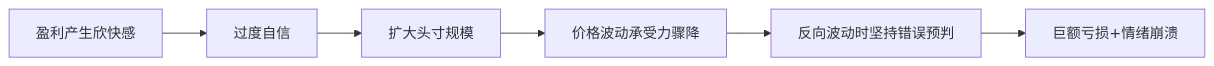
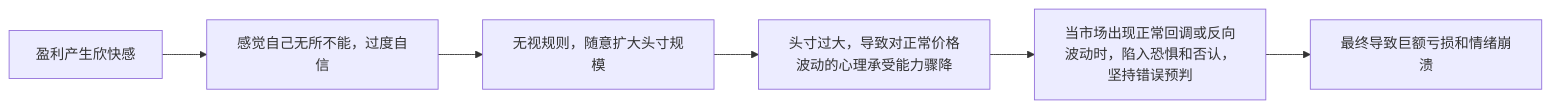
One commit to JunhaoLi-Nic/TradingInTheZone changed the diagram in 为什么盈利的经验对新手交易者反而有害｜SAM 带你读经典《交易心理分析》Trading in the Zone by Mark Douglas.md. Above: the diagram before and after it, drawn with Mermaid. The commit also changed other lines of this file and 10 other files, not shown here.

````diff
--- a/为什么盈利的经验对新手交易者反而有害｜SAM 带你读经典《交易心理分析》Trading in the Zone by Mark Douglas.md
+++ b/为什么盈利的经验对新手交易者反而有害｜SAM 带你读经典《交易心理分析》Trading in the Zone by Mark Douglas.md
@@ -58,8 +67,8 @@
-```mermaid  
-graph LR  
-A[盈利产生欣快感] --> B[过度自信]  
-B --> C[扩大头寸规模]  
-C --> D[价格波动承受力骤降]  
-D --> E[反向波动时坚持错误预判]  
-E --> F[巨额亏损+情绪崩溃]  
-```  
+    ```mermaid
+    graph LR
+        A[盈利产生欣快感] --> B[感觉自己无所不能，过度自信]
+        B --> C[无视规则，随意扩大头寸规模]
+        C --> D[头寸过大，导致对正常价格波动的心理承受能力骤降]
+        D --> E[当市场出现正常回调或反向波动时，陷入恐惧和否认，坚持错误预判]
+        E --> F[最终导致巨额亏损和情绪崩溃]
+    ```
````
